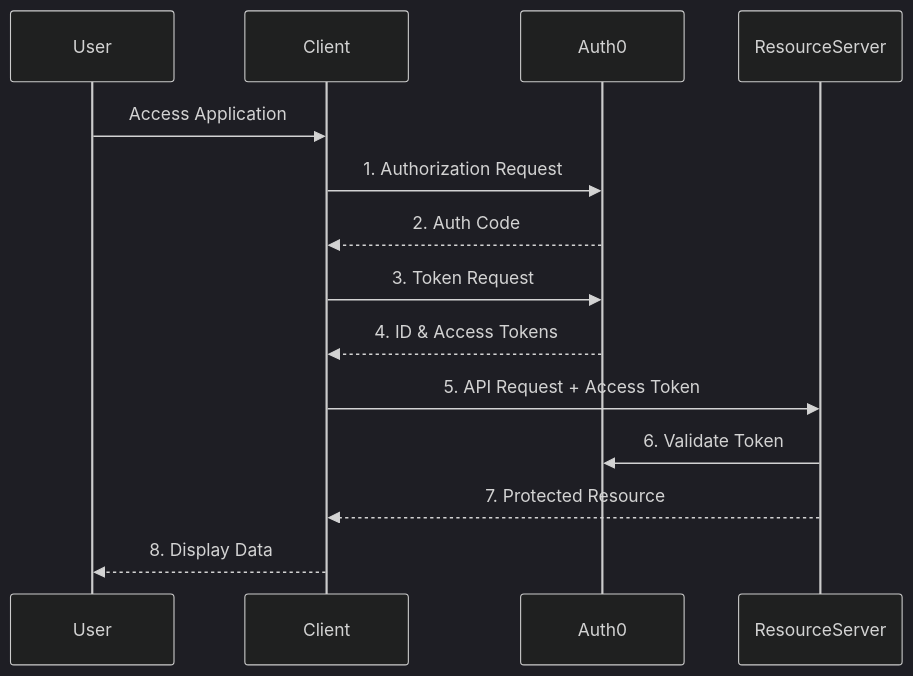
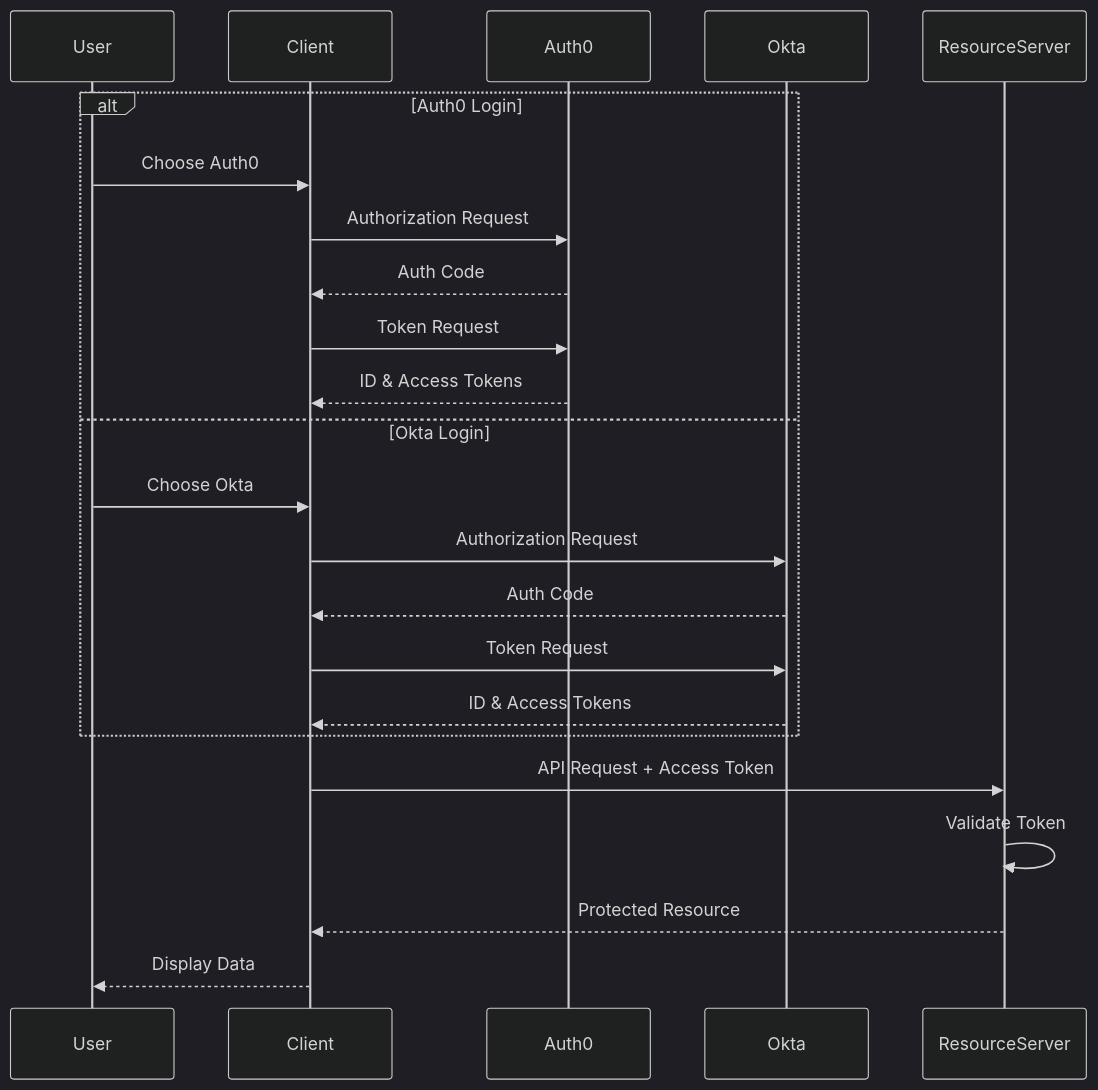
The diagram in README.md (flaviuivanciuc/oauth2-demo), drawn with Mermaid (dark theme) before and after one commit. The commit also changed other lines of this file and 12 other files, not shown here.

````diff
--- a/README.md
+++ b/README.md
@@ -126,17 +69,27 @@
 ```mermaid
 sequenceDiagram
     participant User
     participant Client
     participant Auth0
+    participant Okta
     participant ResourceServer
 
-    User->>Client: Access Application
-    Client->>Auth0: 1. Authorization Request
-    Auth0-->>Client: 2. Auth Code
-    Client->>Auth0: 3. Token Request
-    Auth0-->>Client: 4. ID & Access Tokens
-    Client->>ResourceServer: 5. API Request + Access Token
-    ResourceServer->>Auth0: 6. Validate Token
-    ResourceServer-->>Client: 7. Protected Resource
-    Client-->>User: 8. Display Data
+    alt Auth0 Login
+        User->>Client: Choose Auth0
+        Client->>Auth0: Authorization Request
+        Auth0-->>Client: Auth Code
+        Client->>Auth0: Token Request
+        Auth0-->>Client: ID & Access Tokens
+    else Okta Login
+        User->>Client: Choose Okta
+        Client->>Okta: Authorization Request
+        Okta-->>Client: Auth Code
+        Client->>Okta: Token Request
+        Okta-->>Client: ID & Access Tokens
+    end
+
+    Client->>ResourceServer: API Request + Access Token
+    ResourceServer->>ResourceServer: Validate Token
+    ResourceServer-->>Client: Protected Resource
+    Client-->>User: Display Data
 ```
````
